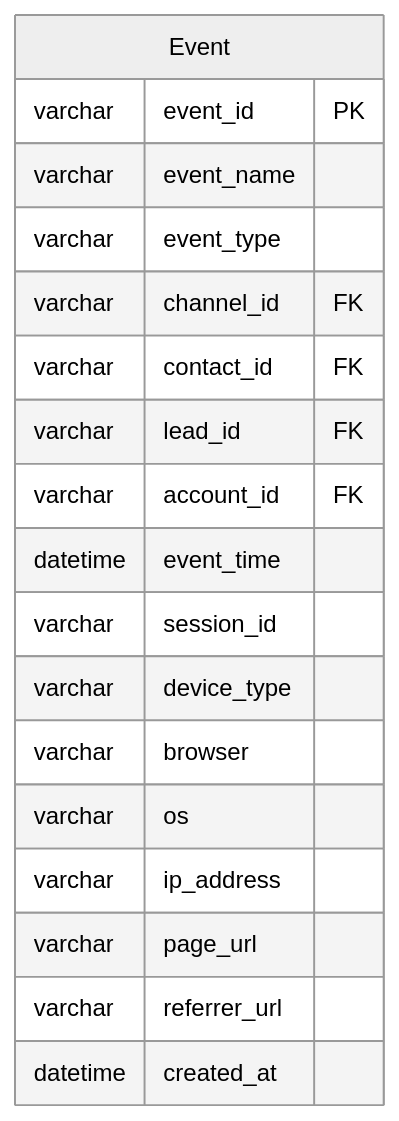
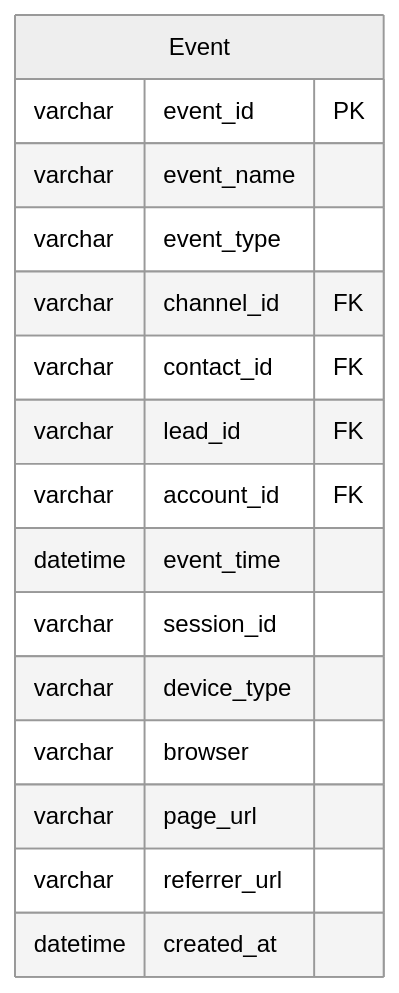
One commit to 312268112/advanced-java changed the tenth of 25 diagrams in docs/b2b-cdp-entity-design.md. Above: the diagram before and after it, drawn with Mermaid (neutral theme). The commit also changed other lines of this file, not shown here.

````diff
--- a/docs/b2b-cdp-entity-design.md
+++ b/docs/b2b-cdp-entity-design.md
@@ -576,21 +438,19 @@
 ```mermaid
 erDiagram
     Event {
         varchar event_id PK
         varchar event_name
         varchar event_type
         varchar channel_id FK
         varchar contact_id FK
         varchar lead_id FK
         varchar account_id FK
         datetime event_time
         varchar session_id
         varchar device_type
         varchar browser
-        varchar os
-        varchar ip_address
         varchar page_url
         varchar referrer_url
         datetime created_at
     }
 ```
````
